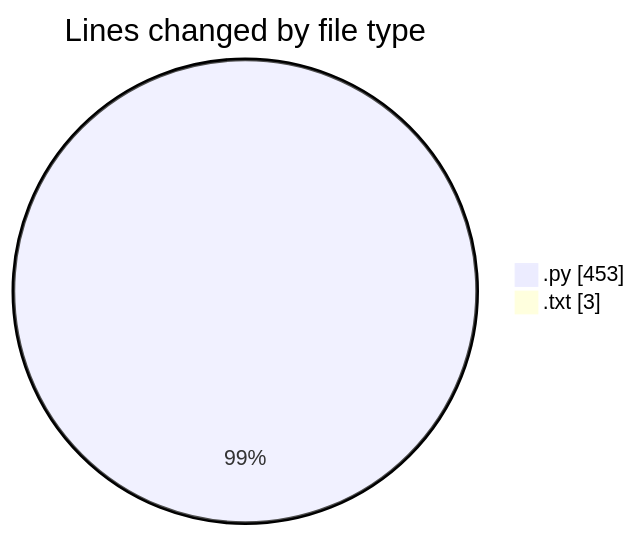
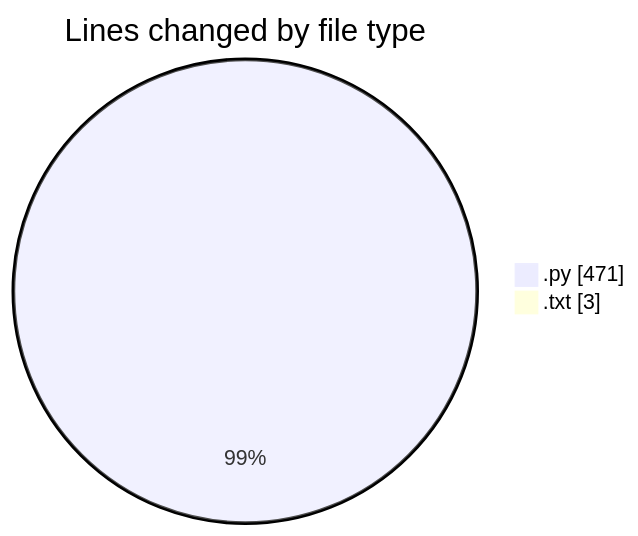
The first of 2 diagrams in 2025-07-09/toolsopenemalpass/README.md (lephambinh05/code-tracking), drawn with Mermaid before and after one commit. The commit also changed other lines of this file and 1 other file, not shown here.

````diff
--- a/2025-07-09/toolsopenemalpass/README.md
+++ b/2025-07-09/toolsopenemalpass/README.md
@@ -22,6 +22,6 @@
 ```mermaid
 pie showData
 title Lines changed by file type
-".py" : 453
+".py" : 471
 ".txt" : 3
 ```
````
